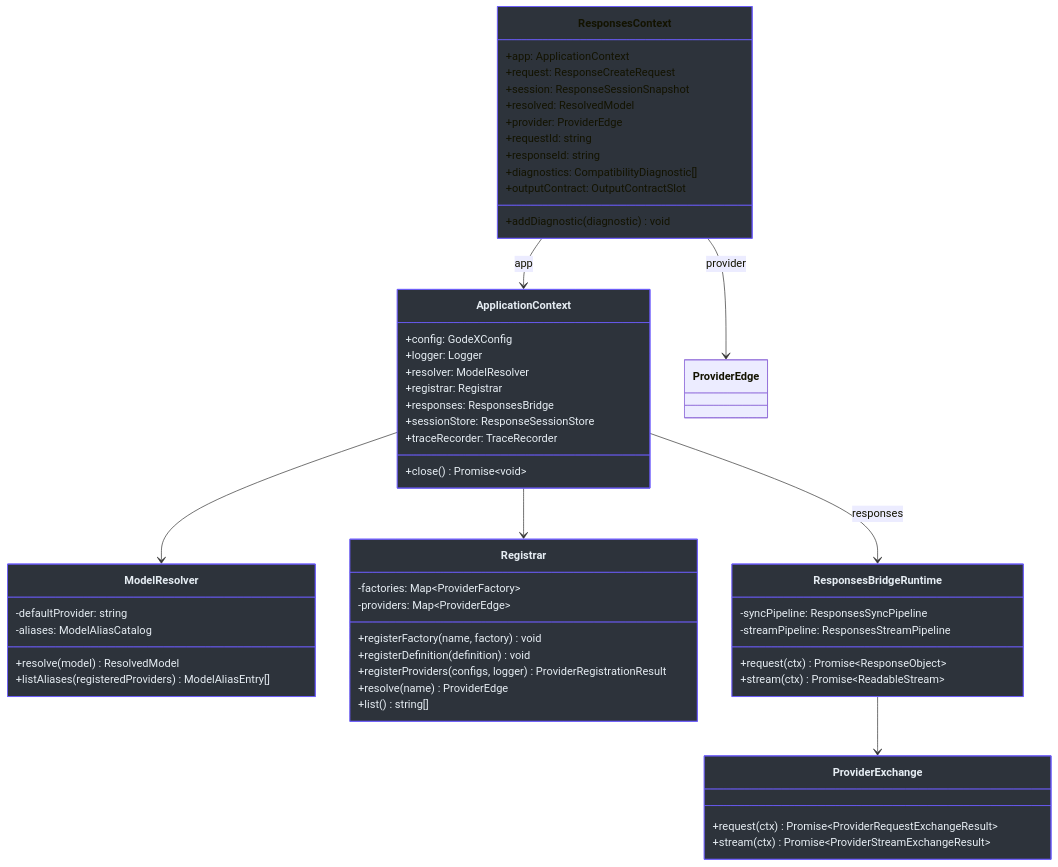
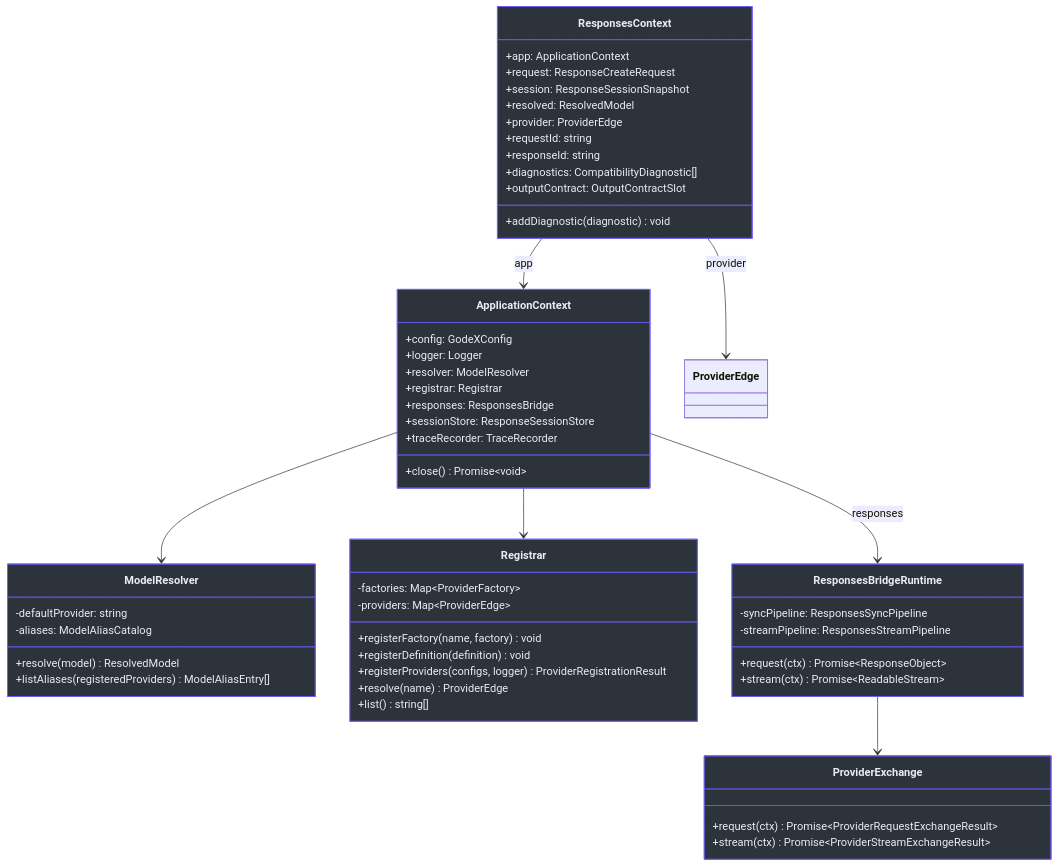
Before and after one commit to Ahoo-Wang/GodeX: the second of 5 diagrams in wiki/zh/02-architecture/architecture-overview.md, drawn with Mermaid. The commit also changed other lines of this file and 36 other files, not shown here.

````diff
--- a/wiki/zh/02-architecture/architecture-overview.md
+++ b/wiki/zh/02-architecture/architecture-overview.md
@@ -74,69 +74,69 @@
 ```mermaid
 classDiagram
     class ApplicationContext {
         +config: GodeXConfig
         +logger: Logger
         +resolver: ModelResolver
         +registrar: Registrar
         +responses: ResponsesBridge
         +sessionStore: ResponseSessionStore
         +traceRecorder: TraceRecorder
         +close() Promise~void~
     }
 
     class ModelResolver {
         -defaultProvider: string
         -aliases: ModelAliasCatalog
         +resolve(model) ResolvedModel
         +listAliases(registeredProviders) ModelAliasEntry[]
     }
 
     class Registrar {
         -factories: Map~ProviderFactory~
         -providers: Map~ProviderEdge~
         +registerFactory(name, factory) void
         +registerDefinition(definition) void
         +registerProviders(configs, logger) ProviderRegistrationResult
         +resolve(name) ProviderEdge
         +list() string[]
     }
 
     class ResponsesContext {
         +app: ApplicationContext
         +request: ResponseCreateRequest
         +session: ResponseSessionSnapshot
         +resolved: ResolvedModel
         +provider: ProviderEdge
         +requestId: string
         +responseId: string
         +diagnostics: CompatibilityDiagnostic[]
         +outputContract: OutputContractSlot
         +addDiagnostic(diagnostic) void
     }
 
     class ResponsesBridgeRuntime {
         -syncPipeline: ResponsesSyncPipeline
         -streamPipeline: ResponsesStreamPipeline
         +request(ctx) Promise~ResponseObject~
         +stream(ctx) Promise~ReadableStream~
     }
 
     class ProviderExchange {
         +request(ctx) Promise~ProviderRequestExchangeResult~
         +stream(ctx) Promise~ProviderStreamExchangeResult~
     }
 
     ApplicationContext --> ModelResolver
     ApplicationContext --> Registrar
     ApplicationContext --> ResponsesBridgeRuntime : responses
     ResponsesBridgeRuntime --> ProviderExchange
     ResponsesContext --> ApplicationContext : app
     ResponsesContext --> ProviderEdge : provider
 
     style ApplicationContext fill:#2d333b,stroke:#6d5dfc,color:#e6edf3
     style ModelResolver fill:#2d333b,stroke:#6d5dfc,color:#e6edf3
     style Registrar fill:#2d333b,stroke:#6d5dfc,color:#e6edf3
-    style ResponsesContext fill:#2d333b,stroke:#6d5dfc,color:#e6ed3
+    style ResponsesContext fill:#2d333b,stroke:#6d5dfc,color:#e6edf3
     style ResponsesBridgeRuntime fill:#2d333b,stroke:#6d5dfc,color:#e6edf3
     style ProviderExchange fill:#2d333b,stroke:#6d5dfc,color:#e6edf3
 ```
````
